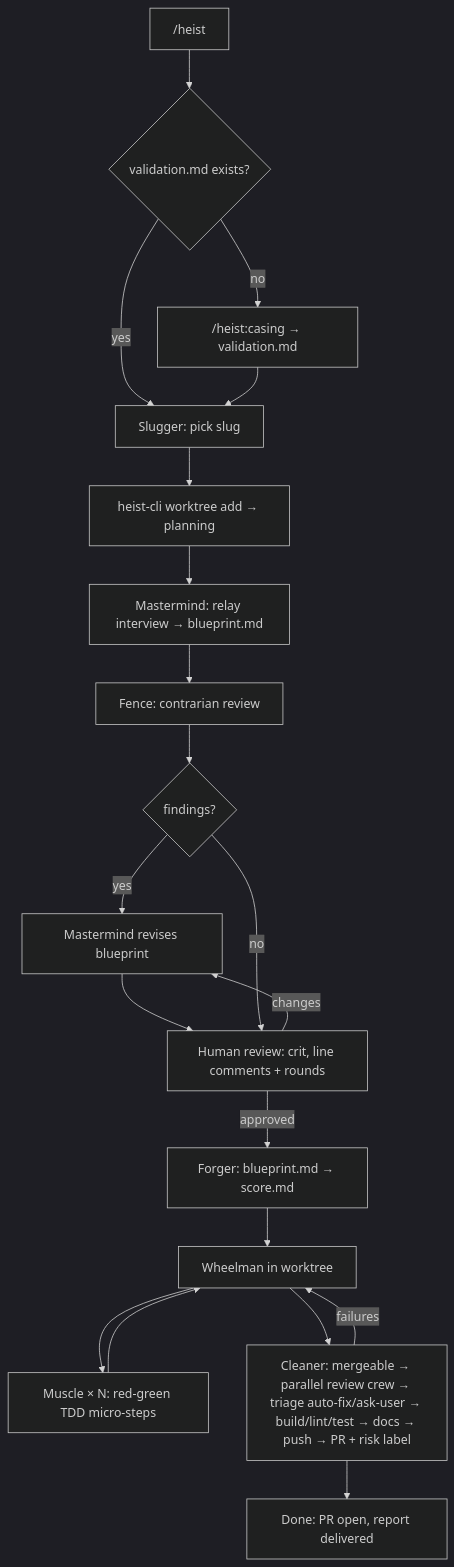
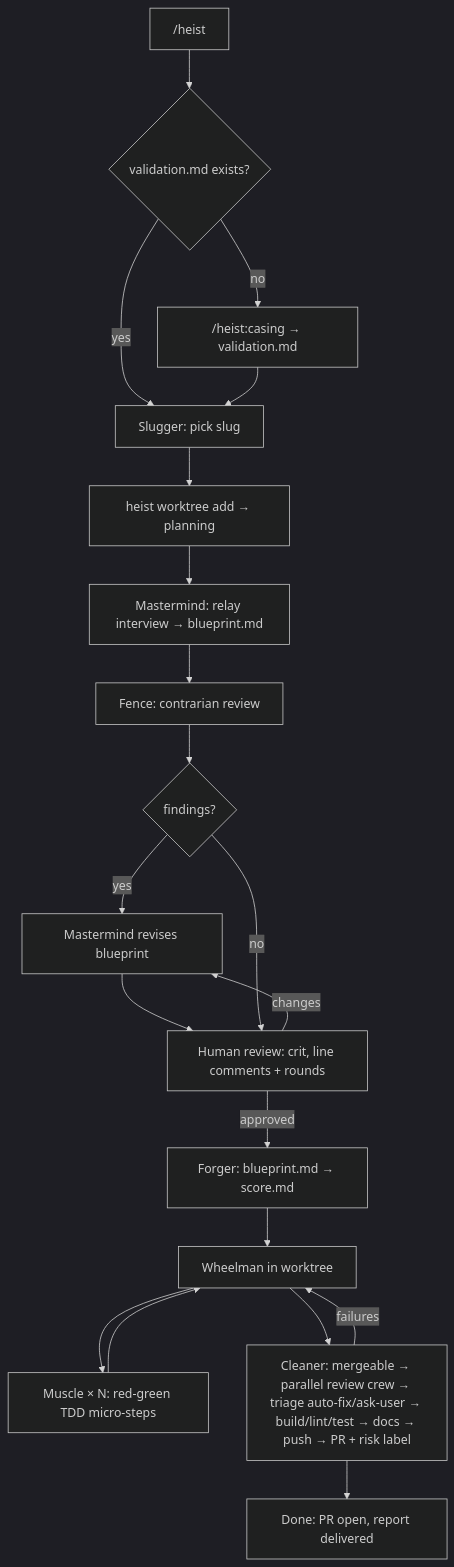
Before and after one commit to GMadorell/heist: the diagram in README.md, drawn with Mermaid (dark theme). The commit also changed other lines of this file and 17 other files, not shown here.

Commit message:
heist instead of heist-cli

````diff
--- a/README.md
+++ b/README.md
@@ -24,21 +24,21 @@
 ```mermaid
 flowchart TD
     A["/heist <slug>"] --> B{validation.md exists?}
     B -- no --> C["/heist:casing → validation.md"]
     B -- yes --> S[Slugger: pick slug]
     C --> S
-    S --> I["heist-cli worktree add → planning"]
+    S --> I["heist worktree add → planning"]
     I --> D[Mastermind: relay interview → blueprint.md]
     D --> E[Fence: contrarian review]
     E --> F{findings?}
     F -- yes --> D2[Mastermind revises blueprint] --> G
     F -- no --> G[Human review: crit, line comments + rounds]
     G -- changes --> D2
     G -- approved --> H[Forger: blueprint.md → score.md]
     H --> J[Wheelman in worktree]
     J --> K[Muscle × N: red-green TDD micro-steps]
     K --> J
     J --> L[Cleaner: mergeable → parallel review crew → triage auto-fix/ask-user → build/lint/test → docs → push → PR + risk label]
     L -- failures --> J
     L --> M[Done: PR open, report delivered]
 ```
````
